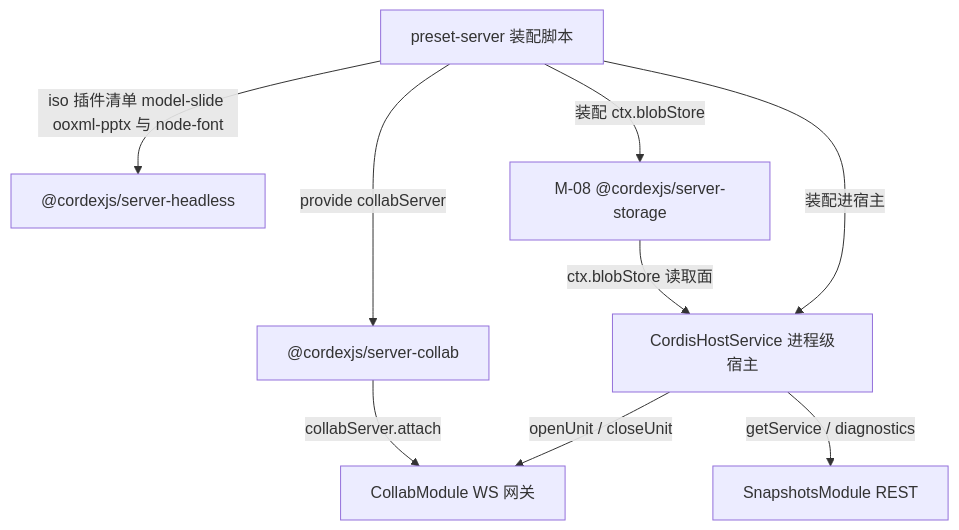
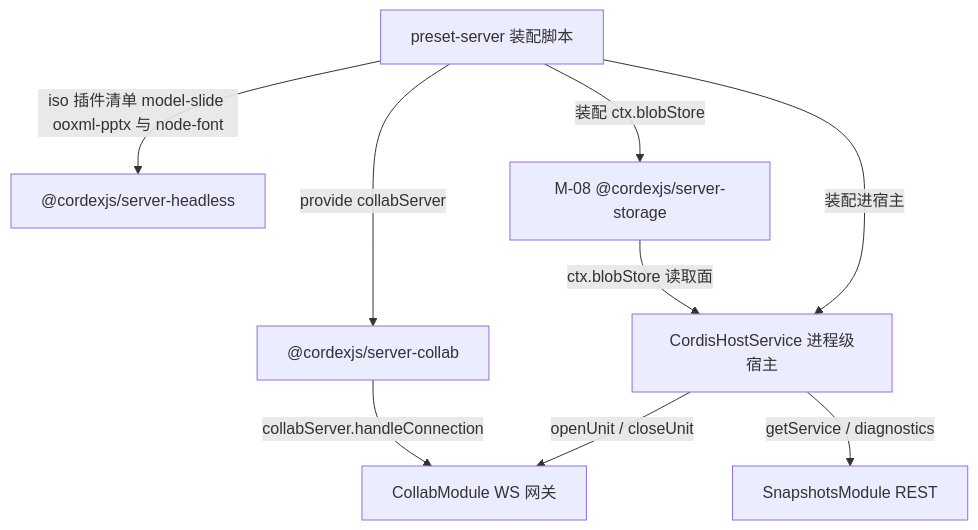
The fourth of 11 diagrams in docs/40-modules/09-server-collab-gateway-and-headless-host.md (Xeonice/cordis-ppt-editor), drawn with Mermaid before and after one commit. The commit also changed other lines of this file and 78 other files, not shown here.

````diff
--- a/docs/40-modules/09-server-collab-gateway-and-headless-host.md
+++ b/docs/40-modules/09-server-collab-gateway-and-headless-host.md
@@ -252,18 +261,18 @@
 ```mermaid
 flowchart TB
 presetServer["preset-server 装配脚本"]
 hostSvc["CordisHostService 进程级宿主"]
 collabPkg["@cordexjs/server-collab"]
 headlessPkg["@cordexjs/server-headless"]
 storagePkg["M-08 @cordexjs/server-storage"]
 collabModule["CollabModule WS 网关"]
 snapshotsModule["SnapshotsModule REST"]
 presetServer -- "装配进宿主" --> hostSvc
 presetServer -- "provide collabServer" --> collabPkg
 presetServer -- "iso 插件清单 model-slide ooxml-pptx 与 node-font" --> headlessPkg
 presetServer -- "装配 ctx.blobStore" --> storagePkg
 hostSvc -- "openUnit / closeUnit" --> collabModule
 hostSvc -- "getService / diagnostics" --> snapshotsModule
-collabPkg -- "collabServer.attach" --> collabModule
+collabPkg -- "collabServer.handleConnection" --> collabModule
 storagePkg -- "ctx.blobStore 读取面" --> hostSvc
 ```
````
